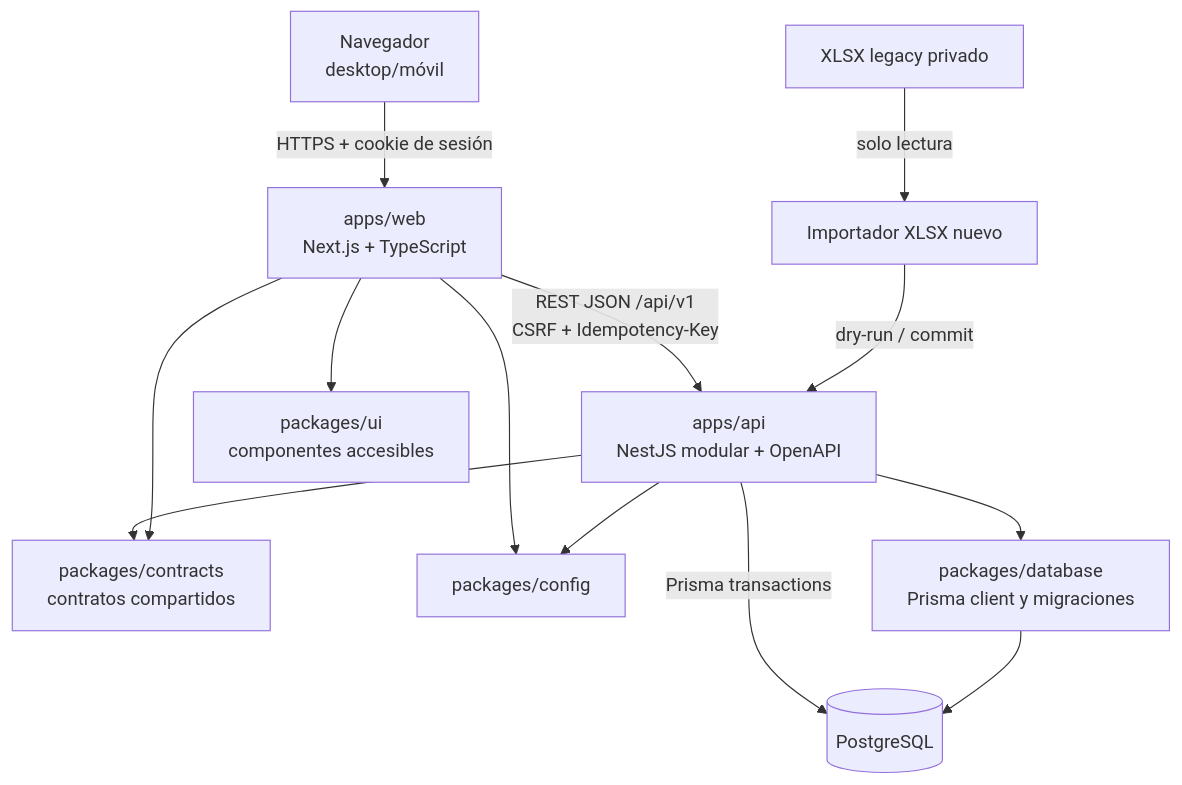
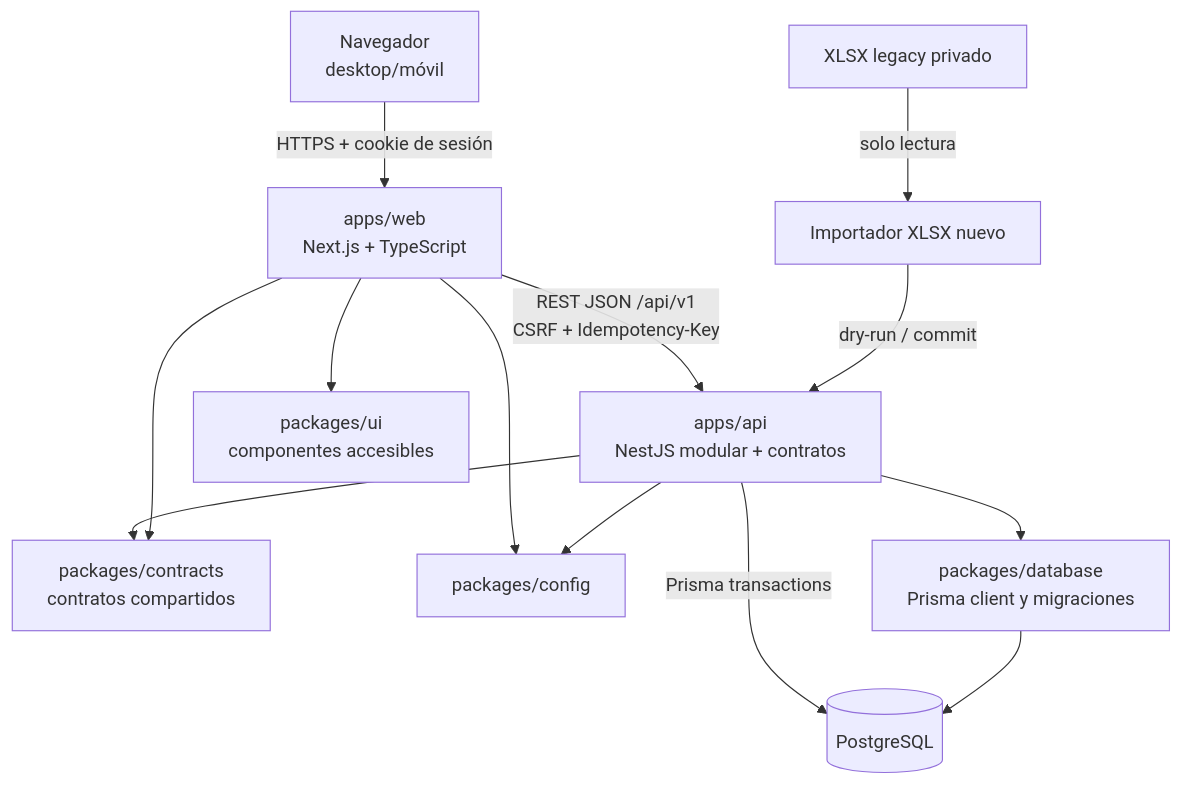
One commit to DylanRizo/sgi-comarca changed the diagram in docs/architecture/container-diagram.md. Above: the diagram before and after it, drawn with Mermaid. The commit also changed other lines of this file and 19 other files, not shown here.

````diff
--- a/docs/architecture/container-diagram.md
+++ b/docs/architecture/container-diagram.md
@@ -5,15 +5,15 @@
 ```mermaid
 flowchart TB
     B["Navegador<br/>desktop/móvil"] -->|"HTTPS + cookie de sesión"| W["apps/web<br/>Next.js + TypeScript"]
-    W -->|"REST JSON /api/v1<br/>CSRF + Idempotency-Key"| A["apps/api<br/>NestJS modular + OpenAPI"]
+    W -->|"REST JSON /api/v1<br/>CSRF + Idempotency-Key"| A["apps/api<br/>NestJS modular + contratos"]
     A -->|"Prisma transactions"| P[("PostgreSQL")]
     A --> C["packages/contracts<br/>contratos compartidos"]
     W --> C
     W --> UI["packages/ui<br/>componentes accesibles"]
     W --> CFG["packages/config"]
     A --> CFG
     A --> DB["packages/database<br/>Prisma client y migraciones"]
     DB --> P
     I["Importador XLSX nuevo"] -->|"dry-run / commit"| A
     X["XLSX legacy privado"] -->|"solo lectura"| I
 ```
````
